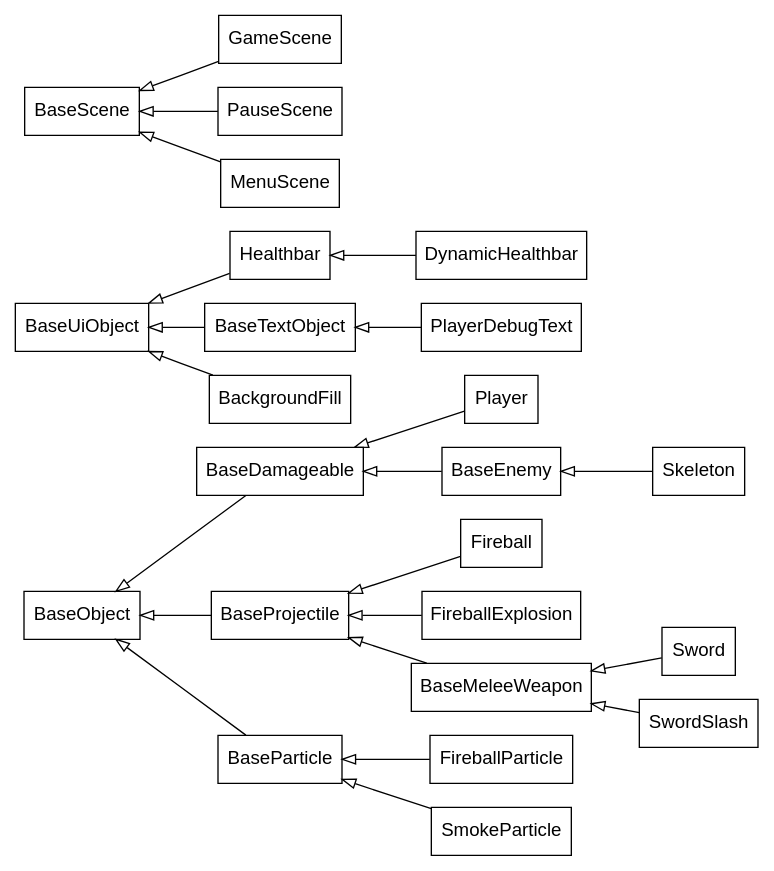
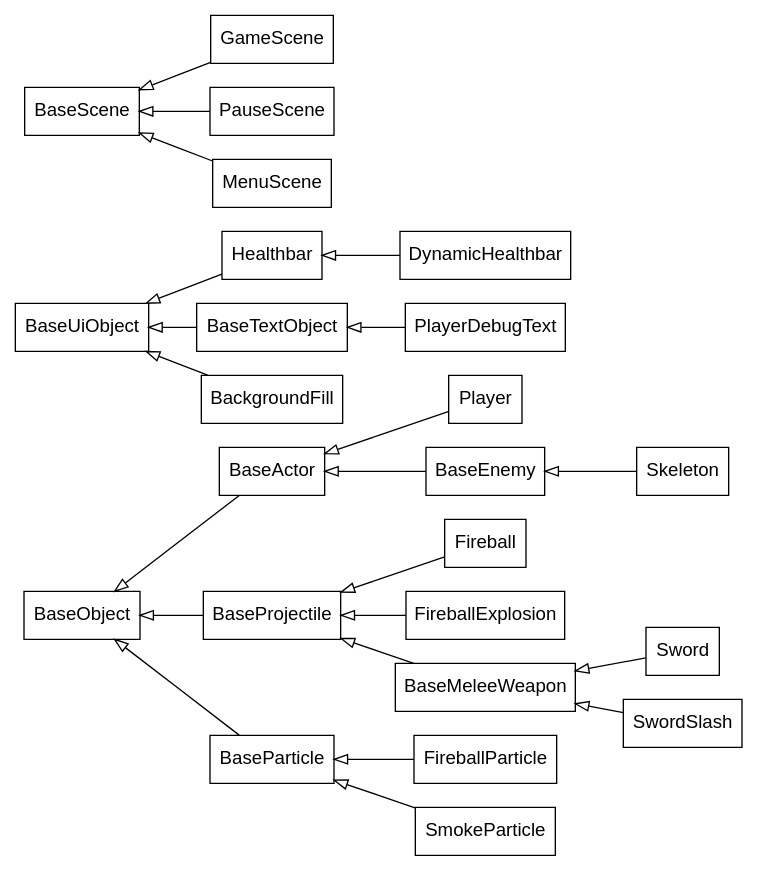
One commit to lachfoy/2dgameABANDONED changed the diagram in inheritance.gv. Above: the diagram before and after it, drawn with Graphviz. The commit also changed 1 other file, not shown here.

```diff
--- a/inheritance.gv
+++ b/inheritance.gv
@@ -1,27 +1,27 @@
 digraph inheritance {
     //size="800,600"
     rankdir="LR"
     node [shape=box fontname="Helvetica,Arial,sans-serif"]
     edge [dir=back arrowtail=empty]
 
     subgraph objects {
-        BaseObject->{BaseDamageable, BaseProjectile, BaseParticle}
-        BaseDamageable->{Player, BaseEnemy}
+        BaseObject->{BaseActor, BaseProjectile, BaseParticle}
+        BaseActor->{Player, BaseEnemy}
         BaseProjectile->{Fireball, FireballExplosion, BaseMeleeWeapon}
         BaseParticle->{FireballParticle, SmokeParticle}
         BaseMeleeWeapon->{Sword, SwordSlash}
         BaseEnemy->Skeleton
     }
 
     subgraph uiObjects {
         BaseUiObject->{Healthbar, BaseTextObject, BackgroundFill}
         Healthbar->DynamicHealthbar
         BaseTextObject->PlayerDebugText
     }
 
     subgraph scenes {
         BaseScene->{GameScene, PauseScene, MenuScene}
     }
 }
 
 // use `dot -Tpng -O inheritance.gv` to generate a .png
```
